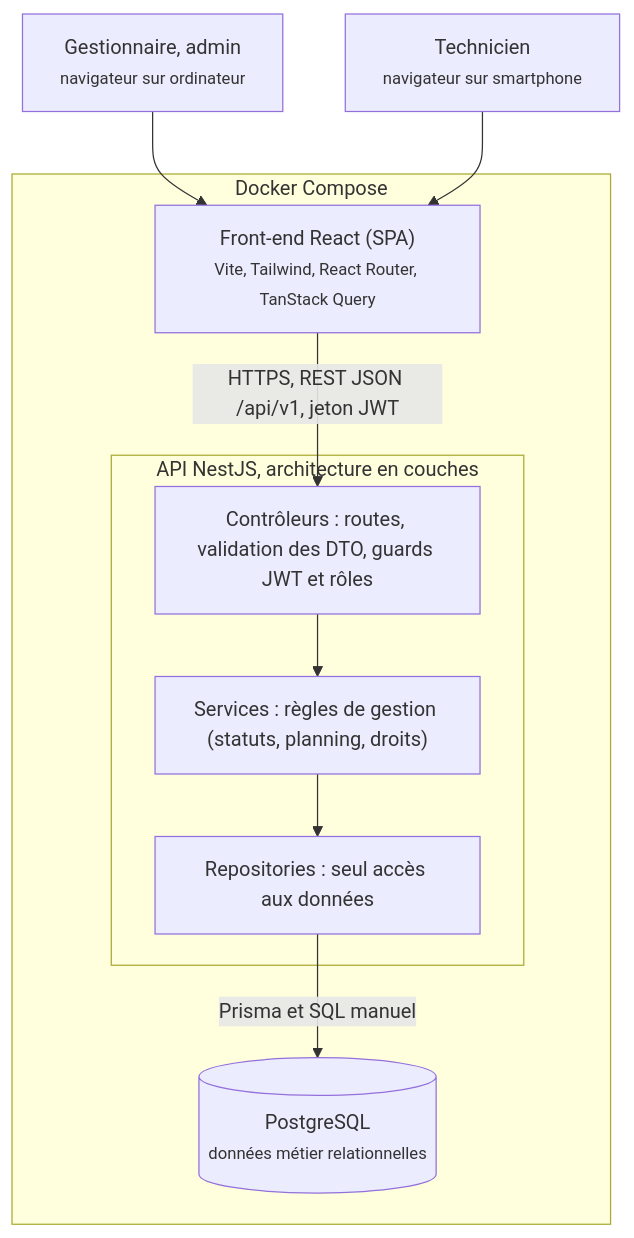
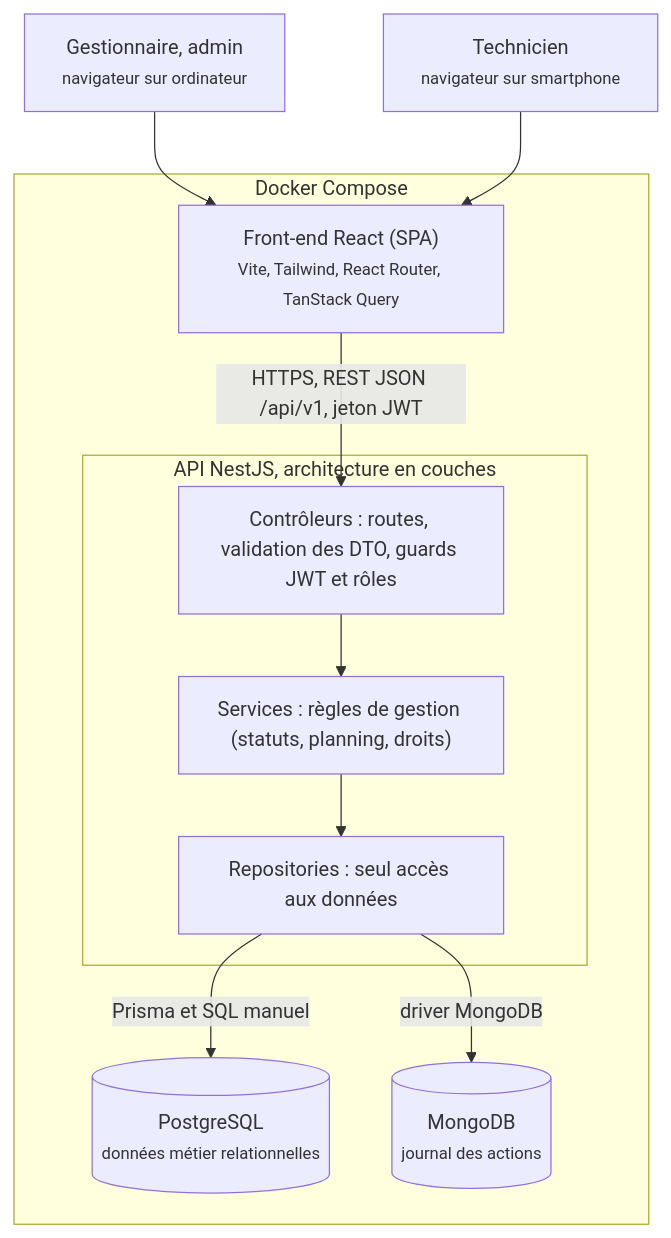
The second of 2 diagrams in docs/cahier-des-charges.md (Falkor555/plumbly-msp2), drawn with Mermaid before and after one commit. The commit also changed other lines of this file and 2 other files, not shown here.

````diff
--- a/docs/cahier-des-charges.md
+++ b/docs/cahier-des-charges.md
@@ -344,21 +344,23 @@
 ```mermaid
 flowchart TB
     G["Gestionnaire, admin<br/><small>navigateur sur ordinateur</small>"]
     T["Technicien<br/><small>navigateur sur smartphone</small>"]
 
     subgraph DC["Docker Compose"]
         F["Front-end React (SPA)<br/><small>Vite, Tailwind, React Router, TanStack Query</small>"]
         subgraph API["API NestJS, architecture en couches"]
             C["Contrôleurs : routes, validation des DTO, guards JWT et rôles"]
             S["Services : règles de gestion (statuts, planning, droits)"]
             R["Repositories : seul accès aux données"]
             C --> S --> R
         end
         PG[("PostgreSQL<br/><small>données métier relationnelles</small>")]
+        MG[("MongoDB<br/><small>journal des actions</small>")]
     end
 
     G --> F
     T --> F
     F -- "HTTPS, REST JSON /api/v1, jeton JWT" --> C
     R -- "Prisma et SQL manuel" --> PG
+    R -- "driver MongoDB" --> MG
 ```
````
